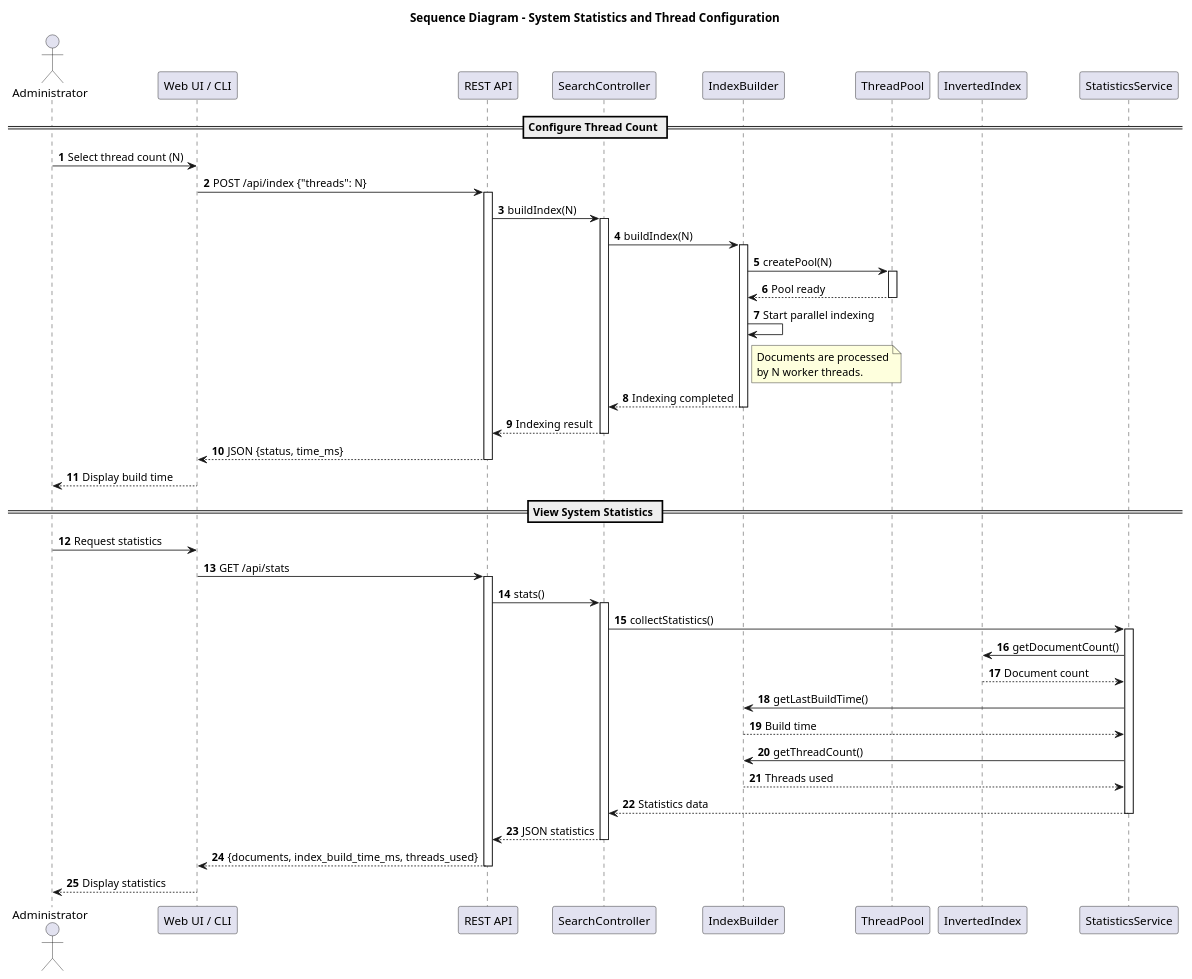
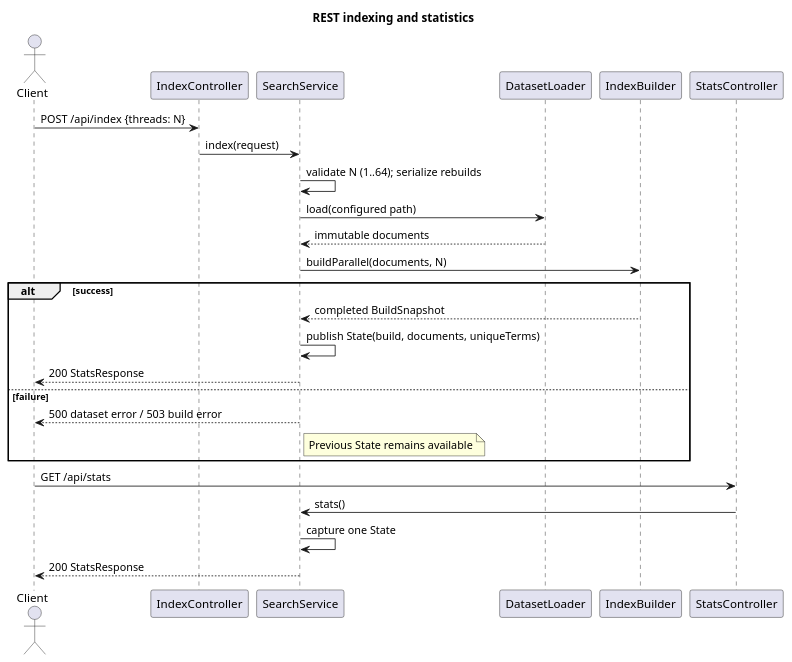
Before and after one commit to bebroidrur/Coursework_Parallel_Computing: the diagram in diagrams/sequence_statistics3.puml, drawn with PlantUML. The commit also changed 153 other files, not shown here.

Commit message:
Complete coursework implementation with parallel indexing and Docker deployment

```diff
--- a/diagrams/sequence_statistics3.puml
+++ b/diagrams/sequence_statistics3.puml
@@ -1,82 +1,27 @@
 @startuml
-title Sequence Diagram - System Statistics and Thread Configuration
-
-autonumber
-skinparam shadowing false
-
-actor Administrator
-participant "Web UI / CLI" as Client
-participant "REST API" as API
-participant "SearchController" as Controller
-participant "IndexBuilder" as Builder
-participant "ThreadPool" as Pool
-participant "InvertedIndex" as Index
-participant "StatisticsService" as Stats
-
-== Configure Thread Count ==
-
-Administrator -> Client: Select thread count (N)
-Client -> API: POST /api/index {"threads": N}
-activate API
-
-API -> Controller: buildIndex(N)
-activate Controller
-
-Controller -> Builder: buildIndex(N)
-activate Builder
-
-Builder -> Pool: createPool(N)
-activate Pool
-Pool --> Builder: Pool ready
-deactivate Pool
-
-Builder -> Builder: Start parallel indexing
-
-note right of Builder
-Documents are processed
-by N worker threads.
-end note
-
-Builder --> Controller: Indexing completed
-deactivate Builder
-
-Controller --> API: Indexing result
-deactivate Controller
-
-API --> Client: JSON {status, time_ms}
-deactivate API
-
-Client --> Administrator: Display build time
-
-== View System Statistics ==
-
-Administrator -> Client: Request statistics
-Client -> API: GET /api/stats
-activate API
-
-API -> Controller: stats()
-activate Controller
-
-Controller -> Stats: collectStatistics()
-activate Stats
-
-Stats -> Index: getDocumentCount()
-Index --> Stats: Document count
-
-Stats -> Builder: getLastBuildTime()
-Builder --> Stats: Build time
-
-Stats -> Builder: getThreadCount()
-Builder --> Stats: Threads used
-
-Stats --> Controller: Statistics data
-deactivate Stats
-
-Controller --> API: JSON statistics
-deactivate Controller
-
-API --> Client: {documents, index_build_time_ms, threads_used}
-deactivate API
-
-Client --> Administrator: Display statistics
+title REST indexing and statistics
+actor Client
+participant IndexController
+participant SearchService
+participant DatasetLoader
+participant IndexBuilder
+participant StatsController
+Client -> IndexController: POST /api/index {threads: N}
+IndexController -> SearchService: index(request)
+SearchService -> SearchService: validate N (1..64); serialize rebuilds
+SearchService -> DatasetLoader: load(configured path)
+DatasetLoader --> SearchService: immutable documents
+SearchService -> IndexBuilder: buildParallel(documents, N)
+alt success
+ IndexBuilder --> SearchService: completed BuildSnapshot
+ SearchService -> SearchService: publish State(build, documents, uniqueTerms)
+ SearchService --> Client: 200 StatsResponse
+else failure
+ SearchService --> Client: 500 dataset error / 503 build error
+ note right of SearchService: Previous State remains available
+end
+Client -> StatsController: GET /api/stats
+StatsController -> SearchService: stats()
+SearchService -> SearchService: capture one State
+SearchService --> Client: 200 StatsResponse
 @enduml
```
